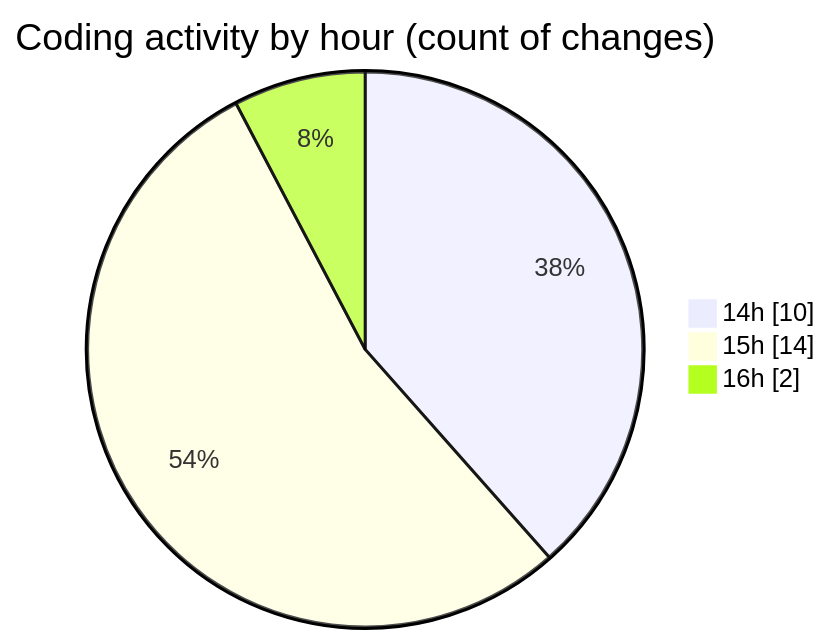
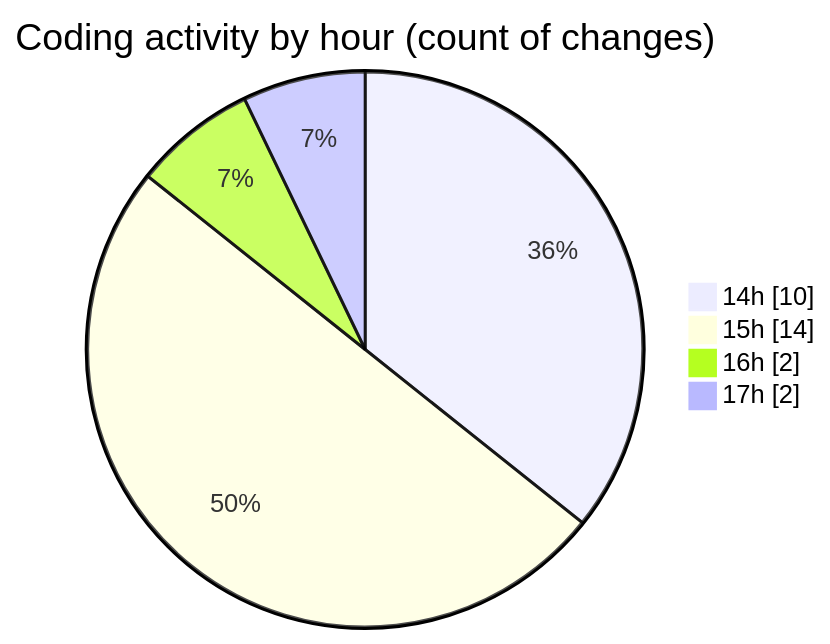
One commit to nxtqubesakshisongat/code-tracking changed the second of 2 diagrams in 2025-09-11/nxtqube_webapp/README.md. Above: the diagram before and after it, drawn with Mermaid. The commit also changed other lines of this file and 1 other file, not shown here.

````diff
--- a/2025-09-11/nxtqube_webapp/README.md
+++ b/2025-09-11/nxtqube_webapp/README.md
@@ -33,7 +34,8 @@
 ```mermaid
 pie showData
 title Coding activity by hour (count of changes)
 "14h" : 10
 "15h" : 14
 "16h" : 2
+"17h" : 2
 ```
````
